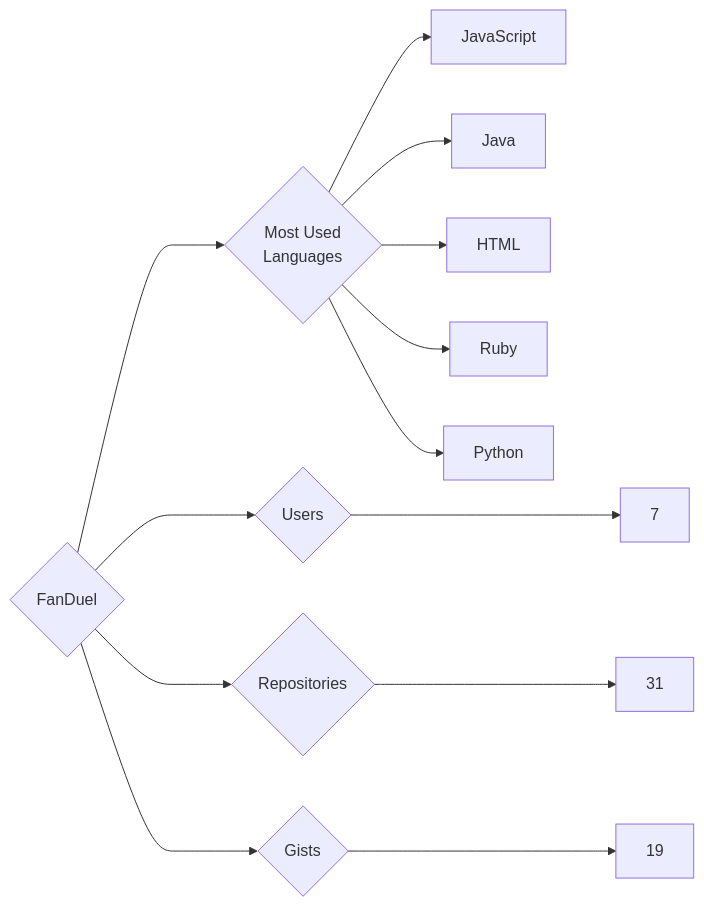
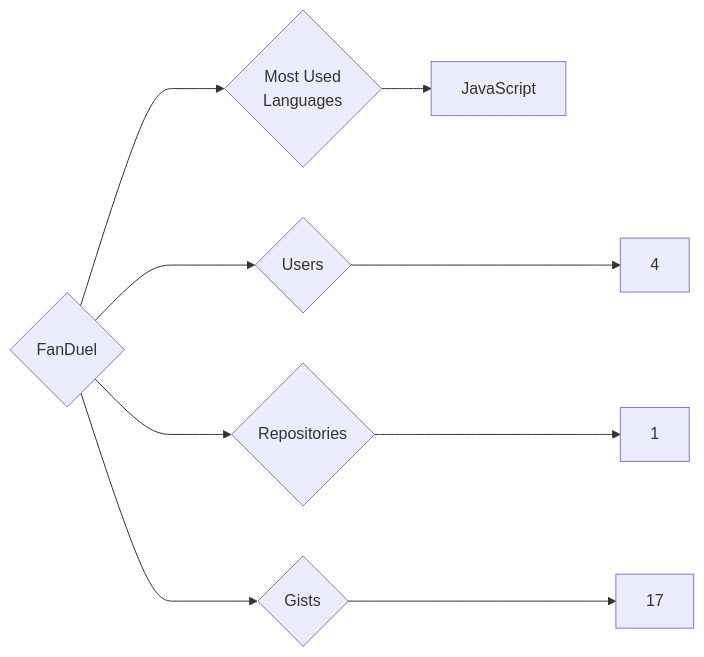
One commit to trickest/insiders changed the diagram in targets/FanDuel/README.md. Above: the diagram before and after it, drawn with Mermaid. The commit also changed 993 other files, not shown here.

````diff
--- a/targets/FanDuel/README.md
+++ b/targets/FanDuel/README.md
@@ -3,13 +3,9 @@
 ```mermaid
 graph LR
 COMPANY_NAME{FanDuel}
-COMPANY_NAME ---> U{Users} ---> UN[7]
-COMPANY_NAME ---> R{Repositories} ---> RN[31]
-COMPANY_NAME ---> G{Gists} ---> GN[19]
+COMPANY_NAME ---> U{Users} ---> UN[4]
+COMPANY_NAME ---> R{Repositories} ---> RN[1]
+COMPANY_NAME ---> G{Gists} ---> GN[17]
 COMPANY_NAME ---> ML{Most Used<br>Languages}
 ML --> JavaScript[JavaScript]
-ML --> Java[Java]
-ML --> HTML[HTML]
-ML --> Ruby[Ruby]
-ML --> Python[Python]
 ```
````
